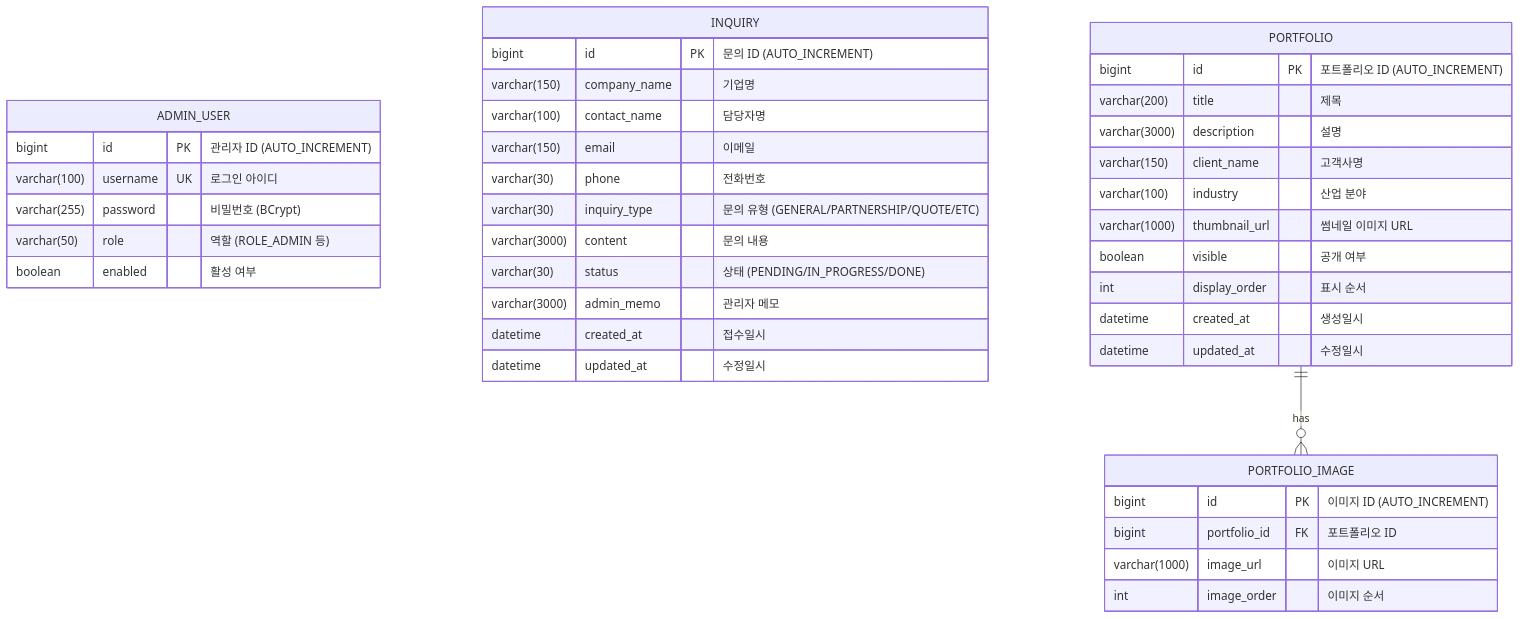
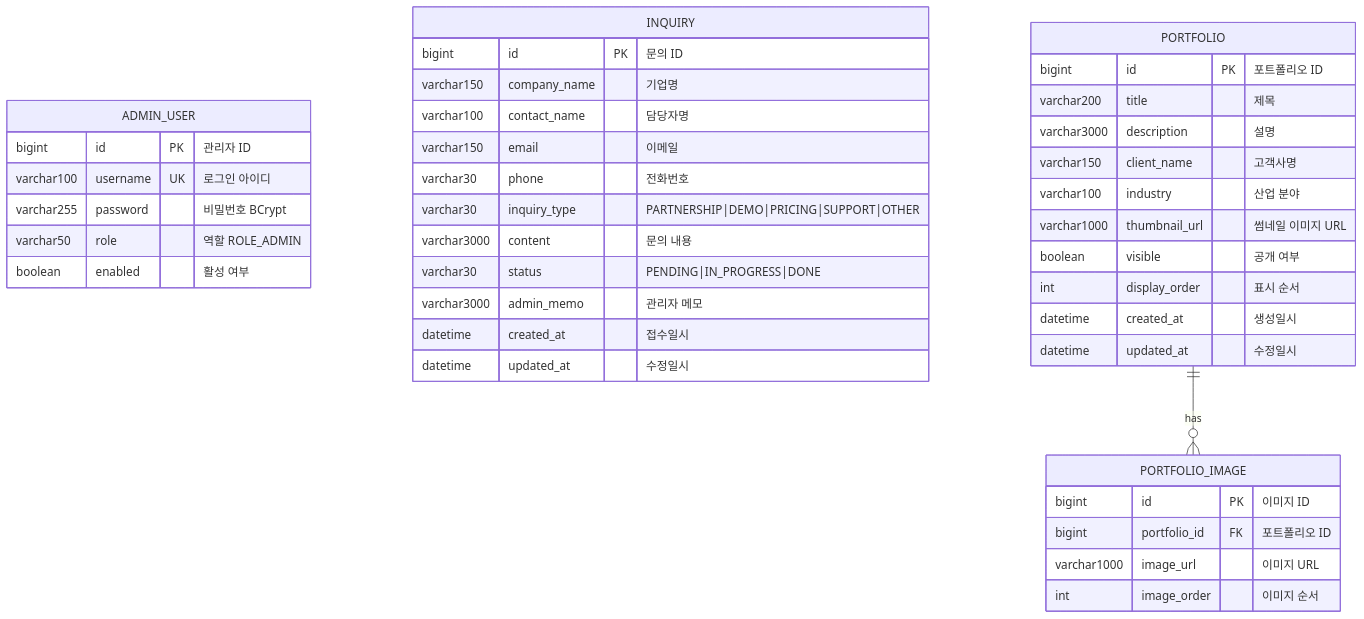
Before and after one commit to 20251029-hanhwa-swcamp-22th/be22-4st-team2-project: the diagram in docs/SalesBoost_ERD.mermaid, drawn with Mermaid. The commit also changed 3 other files, not shown here.

First line of the commit message:
docs: ERD/API 문서 정합성 수정 및 담당자 이관 반영

```diff
--- a/docs/SalesBoost_ERD.mermaid
+++ b/docs/SalesBoost_ERD.mermaid
@@ -1,44 +1,44 @@
 erDiagram
     ADMIN_USER {
-        bigint id PK "관리자 ID (AUTO_INCREMENT)"
-        varchar(100) username UK "로그인 아이디"
-        varchar(255) password "비밀번호 (BCrypt)"
-        varchar(50) role "역할 (ROLE_ADMIN 등)"
+        bigint id PK "관리자 ID"
+        varchar100 username UK "로그인 아이디"
+        varchar255 password "비밀번호 BCrypt"
+        varchar50 role "역할 ROLE_ADMIN"
         boolean enabled "활성 여부"
     }
 
     INQUIRY {
-        bigint id PK "문의 ID (AUTO_INCREMENT)"
-        varchar(150) company_name "기업명"
-        varchar(100) contact_name "담당자명"
-        varchar(150) email "이메일"
-        varchar(30) phone "전화번호"
-        varchar(30) inquiry_type "문의 유형 (GENERAL/PARTNERSHIP/QUOTE/ETC)"
-        varchar(3000) content "문의 내용"
-        varchar(30) status "상태 (PENDING/IN_PROGRESS/DONE)"
-        varchar(3000) admin_memo "관리자 메모"
+        bigint id PK "문의 ID"
+        varchar150 company_name "기업명"
+        varchar100 contact_name "담당자명"
+        varchar150 email "이메일"
+        varchar30 phone "전화번호"
+        varchar30 inquiry_type "PARTNERSHIP|DEMO|PRICING|SUPPORT|OTHER"
+        varchar3000 content "문의 내용"
+        varchar30 status "PENDING|IN_PROGRESS|DONE"
+        varchar3000 admin_memo "관리자 메모"
         datetime created_at "접수일시"
         datetime updated_at "수정일시"
     }
 
     PORTFOLIO {
-        bigint id PK "포트폴리오 ID (AUTO_INCREMENT)"
-        varchar(200) title "제목"
-        varchar(3000) description "설명"
-        varchar(150) client_name "고객사명"
-        varchar(100) industry "산업 분야"
-        varchar(1000) thumbnail_url "썸네일 이미지 URL"
+        bigint id PK "포트폴리오 ID"
+        varchar200 title "제목"
+        varchar3000 description "설명"
+        varchar150 client_name "고객사명"
+        varchar100 industry "산업 분야"
+        varchar1000 thumbnail_url "썸네일 이미지 URL"
         boolean visible "공개 여부"
         int display_order "표시 순서"
         datetime created_at "생성일시"
         datetime updated_at "수정일시"
     }
 
     PORTFOLIO_IMAGE {
-        bigint id PK "이미지 ID (AUTO_INCREMENT)"
+        bigint id PK "이미지 ID"
         bigint portfolio_id FK "포트폴리오 ID"
-        varchar(1000) image_url "이미지 URL"
+        varchar1000 image_url "이미지 URL"
         int image_order "이미지 순서"
     }
 
     PORTFOLIO ||--o{ PORTFOLIO_IMAGE : "has"
```
